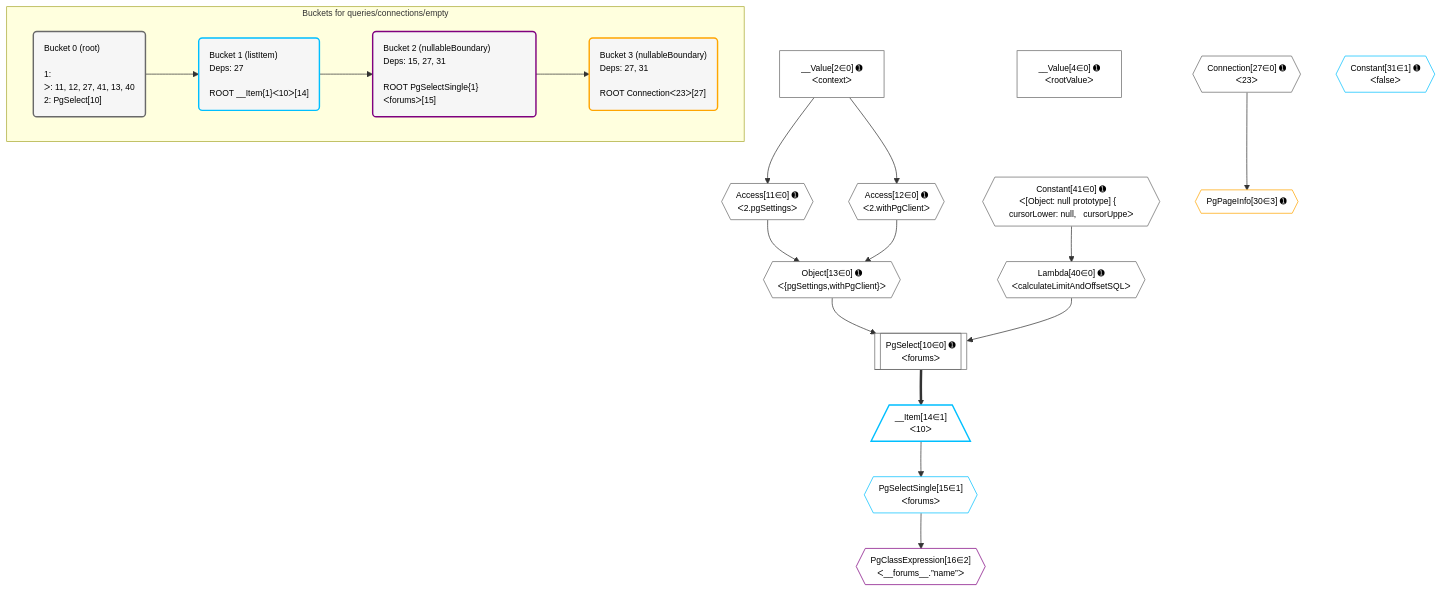
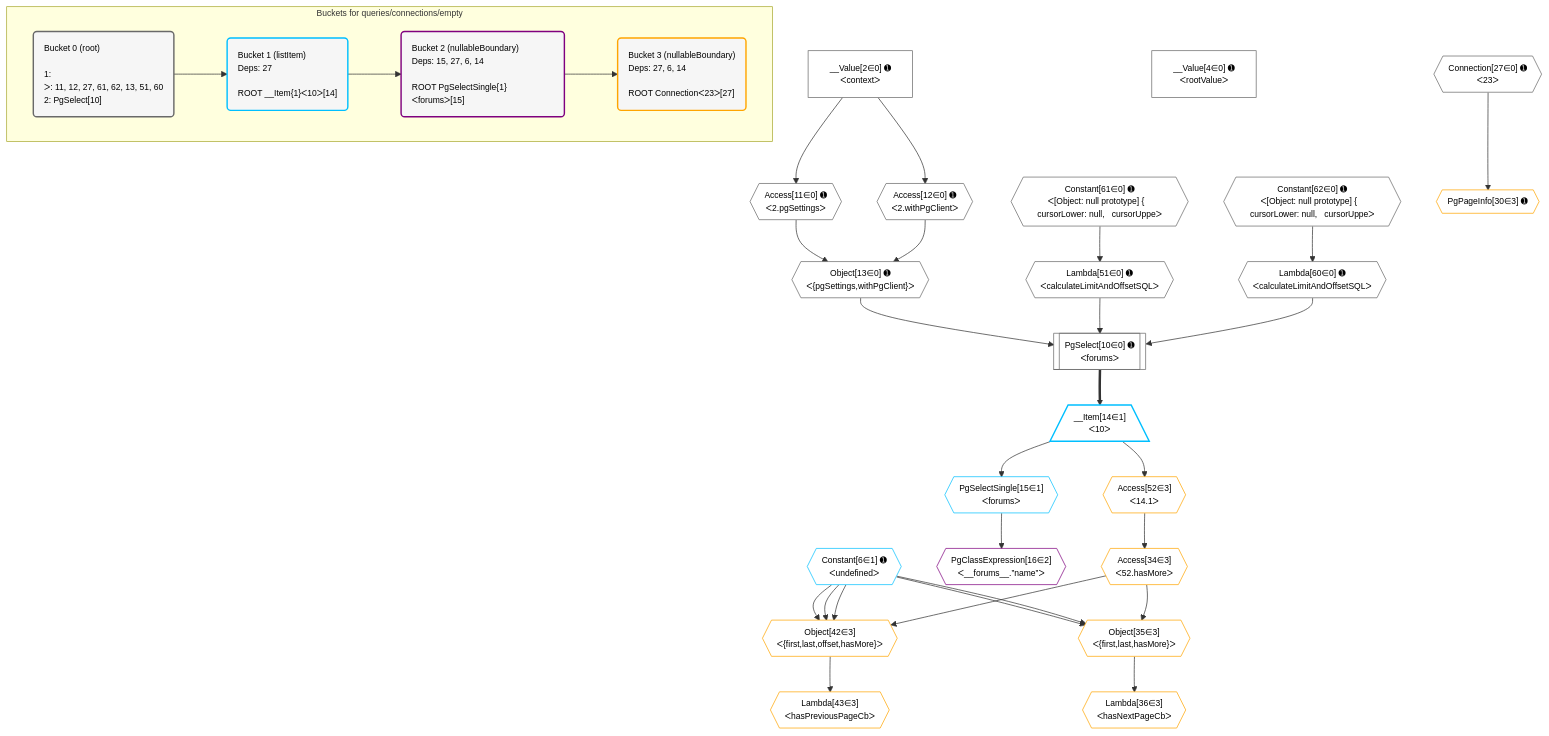
The diagram in grafast/dataplan-pg/__tests__/queries/connections/empty.mermaid (graphile/crystal), drawn with Mermaid before and after one commit. The commit also changed 59 other files, not shown here.

```diff
--- a/grafast/dataplan-pg/__tests__/queries/connections/empty.mermaid
+++ b/grafast/dataplan-pg/__tests__/queries/connections/empty.mermaid
@@ -1,54 +1,69 @@
 %%{init: {'themeVariables': { 'fontSize': '12px'}}}%%
 graph TD
     classDef path fill:#eee,stroke:#000,color:#000
     classDef plan fill:#fff,stroke-width:1px,color:#000
     classDef itemplan fill:#fff,stroke-width:2px,color:#000
     classDef unbatchedplan fill:#dff,stroke-width:1px,color:#000
     classDef sideeffectplan fill:#fcc,stroke-width:2px,color:#000
     classDef bucket fill:#f6f6f6,color:#000,stroke-width:2px,text-align:left
 
 
     %% plan dependencies
     PgSelect10[["PgSelect[10∈0] ➊<br />ᐸforumsᐳ"]]:::plan
     Object13{{"Object[13∈0] ➊<br />ᐸ{pgSettings,withPgClient}ᐳ"}}:::plan
-    Lambda40{{"Lambda[40∈0] ➊<br />ᐸcalculateLimitAndOffsetSQLᐳ"}}:::plan
-    Object13 & Lambda40 --> PgSelect10
+    Lambda51{{"Lambda[51∈0] ➊<br />ᐸcalculateLimitAndOffsetSQLᐳ"}}:::plan
+    Lambda60{{"Lambda[60∈0] ➊<br />ᐸcalculateLimitAndOffsetSQLᐳ"}}:::plan
+    Object13 & Lambda51 & Lambda60 --> PgSelect10
     Access11{{"Access[11∈0] ➊<br />ᐸ2.pgSettingsᐳ"}}:::plan
     Access12{{"Access[12∈0] ➊<br />ᐸ2.withPgClientᐳ"}}:::plan
     Access11 & Access12 --> Object13
     __Value2["__Value[2∈0] ➊<br />ᐸcontextᐳ"]:::plan
     __Value2 --> Access11
     __Value2 --> Access12
-    Constant41{{"Constant[41∈0] ➊<br />ᐸ[Object: null prototype] {   cursorLower: null,   cursorUppeᐳ"}}:::plan
-    Constant41 --> Lambda40
+    Constant61{{"Constant[61∈0] ➊<br />ᐸ[Object: null prototype] {   cursorLower: null,   cursorUppeᐳ"}}:::plan
+    Constant61 --> Lambda51
+    Constant62{{"Constant[62∈0] ➊<br />ᐸ[Object: null prototype] {   cursorLower: null,   cursorUppeᐳ"}}:::plan
+    Constant62 --> Lambda60
     __Value4["__Value[4∈0] ➊<br />ᐸrootValueᐳ"]:::plan
     Connection27{{"Connection[27∈0] ➊<br />ᐸ23ᐳ"}}:::plan
     __Item14[/"__Item[14∈1]<br />ᐸ10ᐳ"\]:::itemplan
     PgSelect10 ==> __Item14
     PgSelectSingle15{{"PgSelectSingle[15∈1]<br />ᐸforumsᐳ"}}:::plan
     __Item14 --> PgSelectSingle15
-    Constant31{{"Constant[31∈1] ➊<br />ᐸfalseᐳ"}}:::plan
+    Constant6{{"Constant[6∈1] ➊<br />ᐸundefinedᐳ"}}:::plan
     PgClassExpression16{{"PgClassExpression[16∈2]<br />ᐸ__forums__.”name”ᐳ"}}:::plan
     PgSelectSingle15 --> PgClassExpression16
+    Object42{{"Object[42∈3]<br />ᐸ{first,last,offset,hasMore}ᐳ"}}:::plan
+    Access34{{"Access[34∈3]<br />ᐸ52.hasMoreᐳ"}}:::plan
+    Constant6 & Constant6 & Constant6 & Access34 --> Object42
+    Object35{{"Object[35∈3]<br />ᐸ{first,last,hasMore}ᐳ"}}:::plan
+    Constant6 & Constant6 & Access34 --> Object35
     PgPageInfo30{{"PgPageInfo[30∈3] ➊"}}:::plan
     Connection27 --> PgPageInfo30
+    Access52{{"Access[52∈3]<br />ᐸ14.1ᐳ"}}:::plan
+    Access52 --> Access34
+    Lambda36{{"Lambda[36∈3]<br />ᐸhasNextPageCbᐳ"}}:::plan
+    Object35 --> Lambda36
+    Lambda43{{"Lambda[43∈3]<br />ᐸhasPreviousPageCbᐳ"}}:::plan
+    Object42 --> Lambda43
+    __Item14 --> Access52
 
     %% define steps
 
     subgraph "Buckets for queries/connections/empty"
-    Bucket0("Bucket 0 (root)<br /><br />1: <br />ᐳ: 11, 12, 27, 41, 13, 40<br />2: PgSelect[10]"):::bucket
+    Bucket0("Bucket 0 (root)<br /><br />1: <br />ᐳ: 11, 12, 27, 61, 62, 13, 51, 60<br />2: PgSelect[10]"):::bucket
     classDef bucket0 stroke:#696969
-    class Bucket0,__Value2,__Value4,PgSelect10,Access11,Access12,Object13,Connection27,Lambda40,Constant41 bucket0
+    class Bucket0,__Value2,__Value4,PgSelect10,Access11,Access12,Object13,Connection27,Lambda51,Lambda60,Constant61,Constant62 bucket0
     Bucket1("Bucket 1 (listItem)<br />Deps: 27<br /><br />ROOT __Item{1}ᐸ10ᐳ[14]"):::bucket
     classDef bucket1 stroke:#00bfff
-    class Bucket1,__Item14,PgSelectSingle15,Constant31 bucket1
-    Bucket2("Bucket 2 (nullableBoundary)<br />Deps: 15, 27, 31<br /><br />ROOT PgSelectSingle{1}ᐸforumsᐳ[15]"):::bucket
+    class Bucket1,Constant6,__Item14,PgSelectSingle15 bucket1
+    Bucket2("Bucket 2 (nullableBoundary)<br />Deps: 15, 27, 6, 14<br /><br />ROOT PgSelectSingle{1}ᐸforumsᐳ[15]"):::bucket
     classDef bucket2 stroke:#7f007f
     class Bucket2,PgClassExpression16 bucket2
-    Bucket3("Bucket 3 (nullableBoundary)<br />Deps: 27, 31<br /><br />ROOT Connectionᐸ23ᐳ[27]"):::bucket
+    Bucket3("Bucket 3 (nullableBoundary)<br />Deps: 27, 6, 14<br /><br />ROOT Connectionᐸ23ᐳ[27]"):::bucket
     classDef bucket3 stroke:#ffa500
-    class Bucket3,PgPageInfo30 bucket3
+    class Bucket3,PgPageInfo30,Access34,Object35,Lambda36,Object42,Lambda43,Access52 bucket3
     Bucket0 --> Bucket1
     Bucket1 --> Bucket2
     Bucket2 --> Bucket3
     end
```
